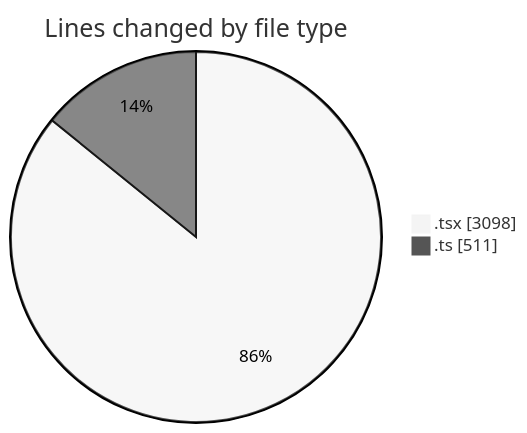
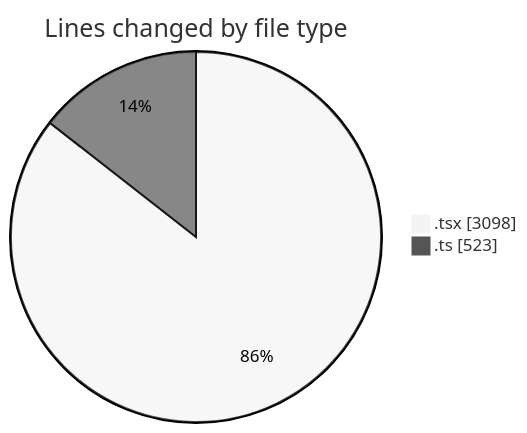
The first of 2 diagrams in 2026-04-23/nxtqube_webapp/README.md (nxtqubesakshisongat/code-tracking), drawn with Mermaid (neutral theme) before and after one commit. The commit also changed other lines of this file and 1 other file, not shown here.

````diff
--- a/2026-04-23/nxtqube_webapp/README.md
+++ b/2026-04-23/nxtqube_webapp/README.md
@@ -23,6 +23,6 @@
 ```mermaid
 pie showData
 title Lines changed by file type
 ".tsx" : 3098
-".ts" : 511
+".ts" : 523
 ```
````
